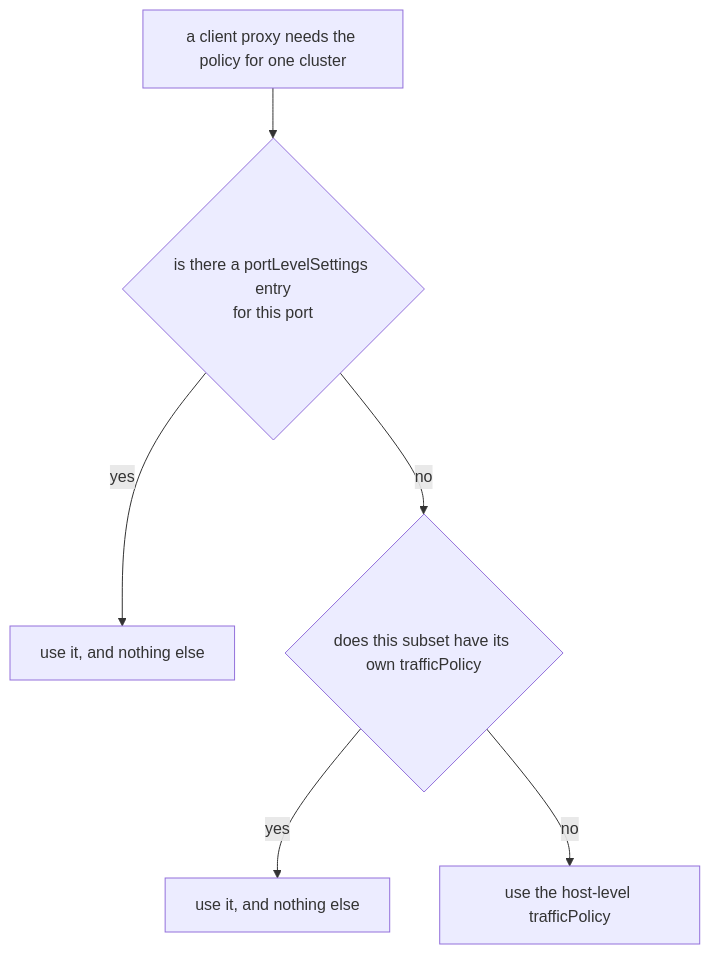
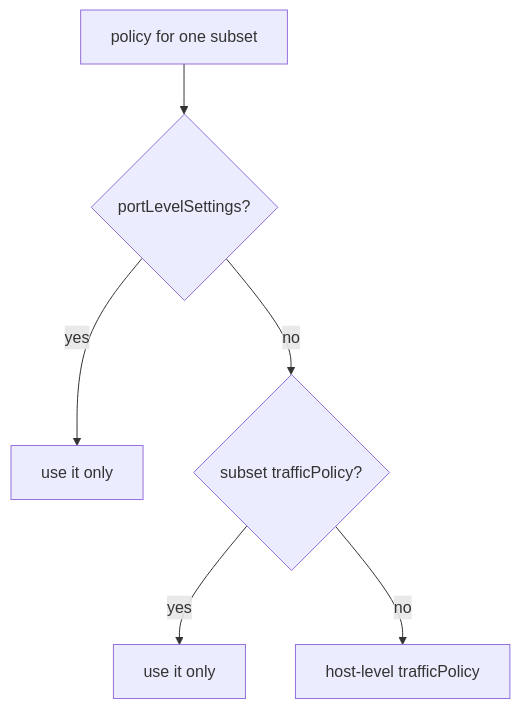
One commit to astrona-io/ATS014 changed the diagram in sections/section-030/module-01/course-03-policy-levels-and-verification.md. Above: the diagram before and after it, drawn with Mermaid. The commit also changed other lines of this file and 444 other files, not shown here.

````diff
--- a/sections/section-030/module-01/course-03-policy-levels-and-verification.md
+++ b/sections/section-030/module-01/course-03-policy-levels-and-verification.md
@@ -29,8 +29,8 @@
 ```mermaid
-flowchart TD
-    R["a client proxy needs the policy for one cluster"] --> P{"is there a portLevelSettings entry<br/>for this port"}
-    P -->|"yes"| U1["use it, and nothing else"]
-    P -->|"no"| S{"does this subset have its own trafficPolicy"}
-    S -->|"yes"| U2["use it, and nothing else"]
-    S -->|"no"| H["use the host-level trafficPolicy"]
+flowchart TB
+    R["policy for one subset"] --> P{"portLevelSettings?"}
+    P -->|"yes"| U1["use it only"]
+    P -->|"no"| S{"subset trafficPolicy?"}
+    S -->|"yes"| U2["use it only"]
+    S -->|"no"| H["host-level trafficPolicy"]
 ```
````
